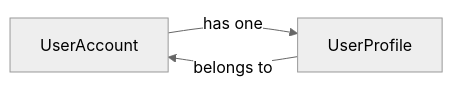
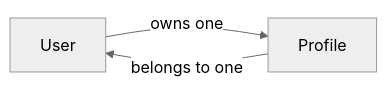
Before and after one commit to wrtnlabs/autobe-examples: the second of 8 diagrams in openai/gpt-5.4-mini/todo/docs/analysis/02-domain-model.md, drawn with Mermaid (neutral theme). The commit also changed other lines of this file and 6645 other files, not shown here.

````diff
--- a/openai/gpt-5.4-mini/todo/docs/analysis/02-domain-model.md
+++ b/openai/gpt-5.4-mini/todo/docs/analysis/02-domain-model.md
@@ -169,5 +106,5 @@
 ```mermaid
 flowchart LR
-    A["UserAccount"] -->|"has one"| B["UserProfile"]
-    B -->|"belongs to"| A
+    U["User"] -->|"owns one"| P["Profile"]
+    P -->|"belongs to one"| U
 ```
````
